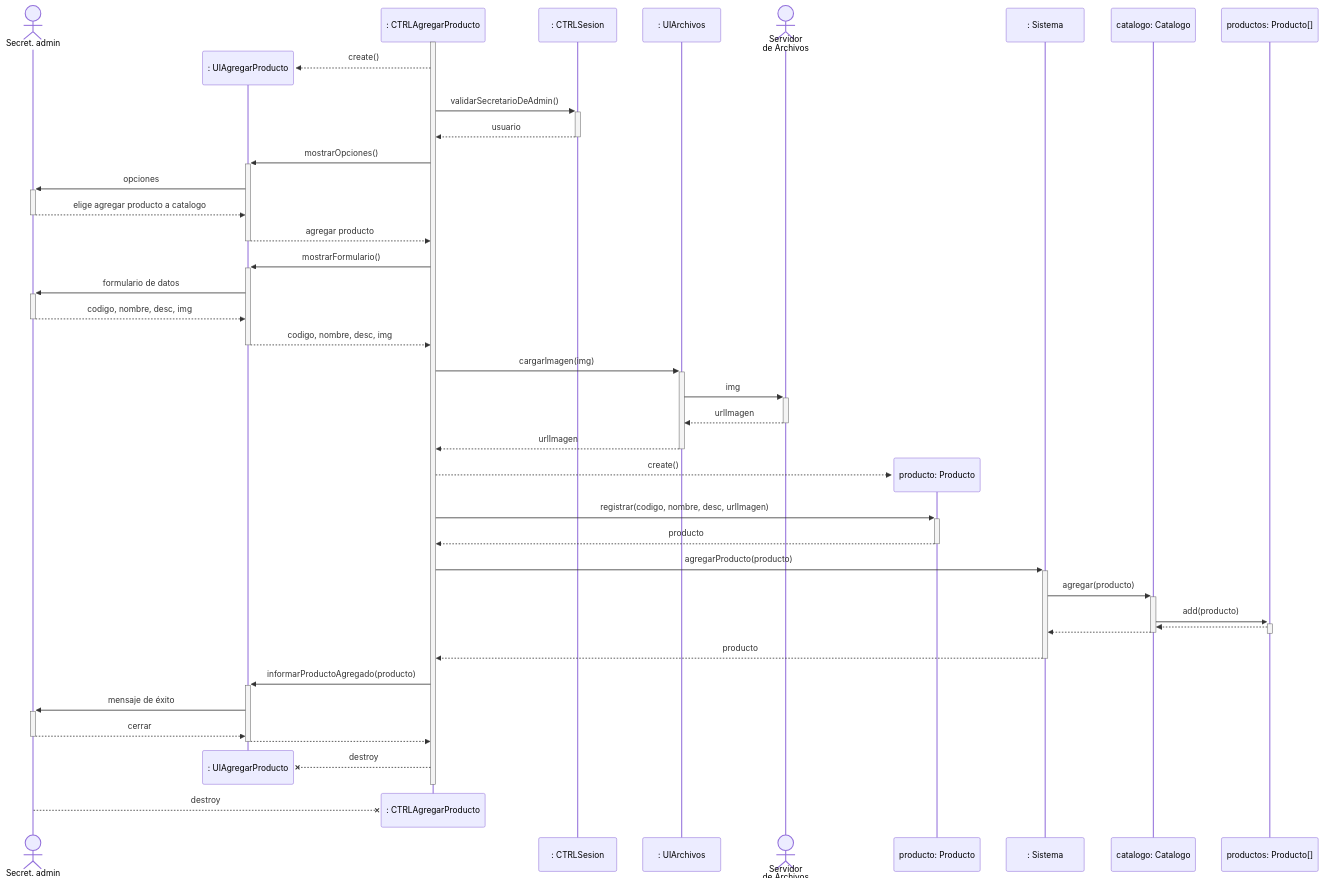
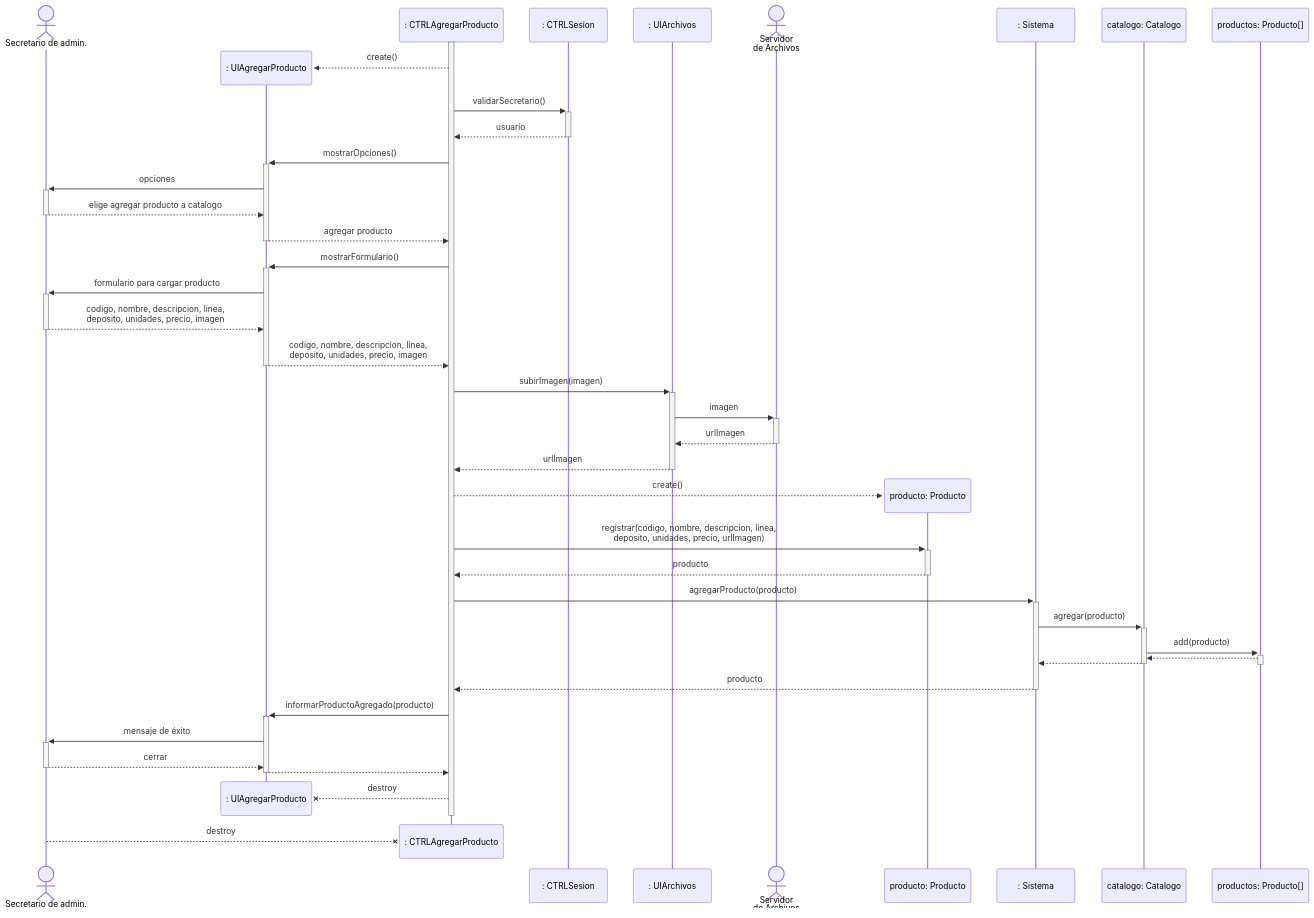
One commit to agustinbravop/utn-reciplas changed the second of 3 diagrams in docs/RCU-asignar-producto-a-catalogo.md. Above: the diagram before and after it, drawn with Mermaid. The commit also changed other lines of this file and 15 other files, not shown here.

Commit message:
agregadas imágenes de la demo a la RCU agregar producto

````diff
--- a/docs/RCU-asignar-producto-a-catalogo.md
+++ b/docs/RCU-asignar-producto-a-catalogo.md
@@ -154,54 +169,55 @@
 ```mermaid
 sequenceDiagram;
-    actor U as Secret. admin 
+    actor U as Secretario de admin.
 
     activate CTRL
     create participant UI as : UIAgregarProducto
     CTRL -->> UI: create()
     participant CTRL as : CTRLAgregarProducto
     participant Sesion as : CTRLSesion
-    CTRL ->> +Sesion: validarSecretarioDeAdmin()
+    CTRL ->> +Sesion: validarSecretario()
     Sesion -->> -CTRL: usuario
 
     CTRL ->> +UI: mostrarOpciones()
     UI ->> +U: opciones
-    U -->> -UI: elige agregar producto a catalogo 
+    U -->> -UI: elige agregar producto a catalogo
     UI -->> -CTRL: agregar producto
 
     CTRL ->> +UI: mostrarFormulario()
-    UI ->> +U: formulario de datos
-    U -->> -UI: codigo, nombre, desc, img
-    UI -->> -CTRL: codigo, nombre, desc, img
+    UI ->> +U: formulario para cargar producto
+    U -->> -UI: codigo, nombre, descripcion, linea, <br/> deposito, unidades, precio, imagen
+    UI -->> -CTRL: codigo, nombre, descripcion, linea, <br/> deposito, unidades, precio, imagen
+
 
     participant UIArchivos as : UIArchivos
-    CTRL ->> +UIArchivos: cargarImagen(img)
+    CTRL ->> +UIArchivos: subirImagen(imagen)
     actor Archivos as Servidor <br/>de Archivos
-    UIArchivos ->> +Archivos: img
+    UIArchivos ->> +Archivos: imagen
     Archivos -->> -UIArchivos: urlImagen
     UIArchivos -->> -CTRL: urlImagen
 
     create participant P as producto: Producto
     CTRL -->> P: create()
-    CTRL ->> +P: registrar(codigo, nombre, desc, urlImagen)
-    P -->> -CTRL: producto 
-    
+    CTRL ->> +P: registrar(codigo, nombre, descripcion, linea, <br/> deposito, unidades, precio, urlImagen)
+    P -->> -CTRL: producto
+
     participant S as : Sistema
     CTRL ->> +S: agregarProducto(producto)
     participant C as catalogo: Catalogo
     S ->> +C: agregar(producto)
     participant LTP as productos: Producto[]
     C ->> +LTP: add(producto)
     LTP -->> -C: 
     C -->> -S: 
     S -->> -CTRL: producto
-    
+
     CTRL ->> +UI: informarProductoAgregado(producto)
     UI ->> +U: mensaje de éxito
     U -->> -UI: cerrar
     UI -->> -CTRL: 
     destroy UI
     CTRL --x -UI: destroy
     destroy CTRL
-    U --x CTRL: destroy 
+    U --x CTRL: destroy
 
 ```
````
